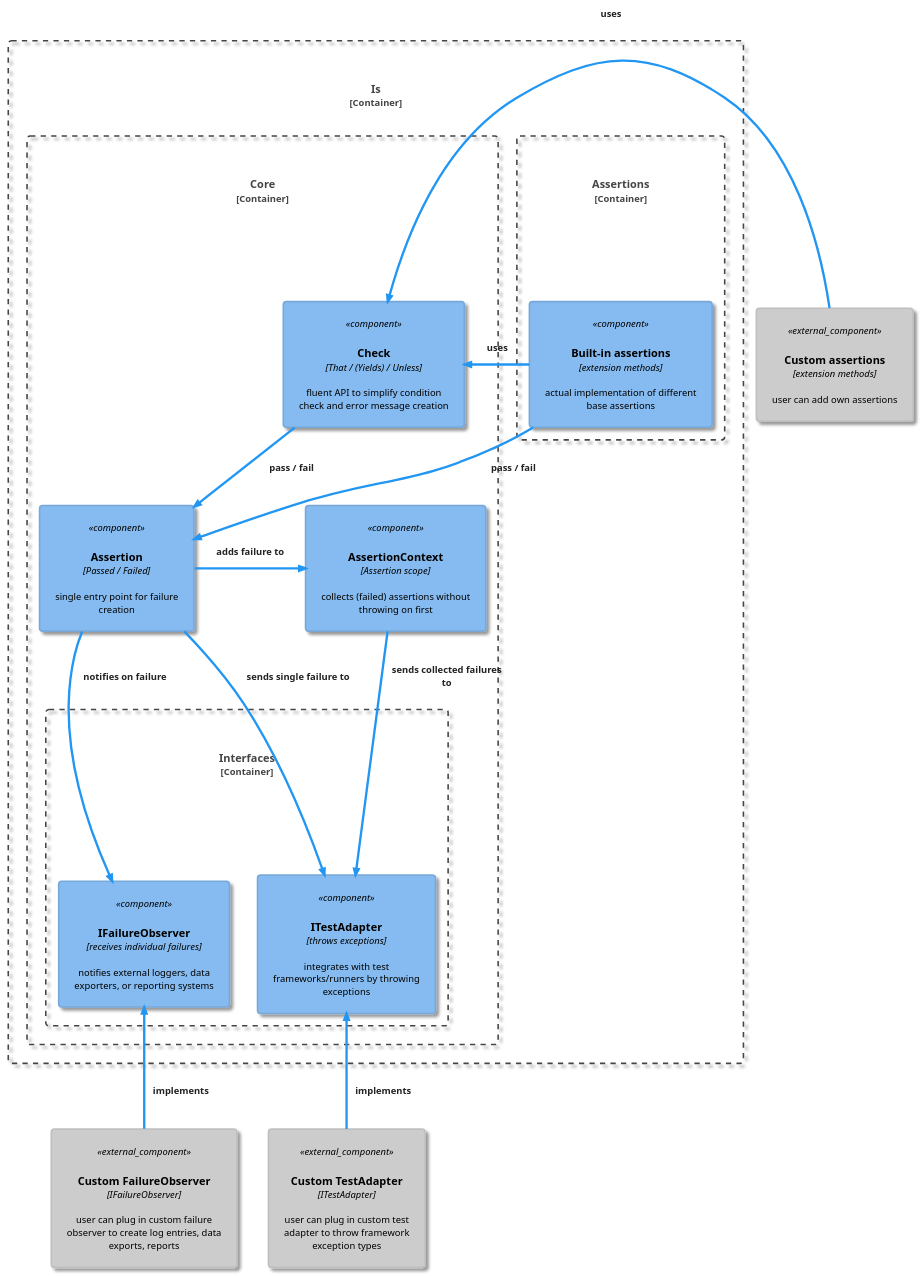
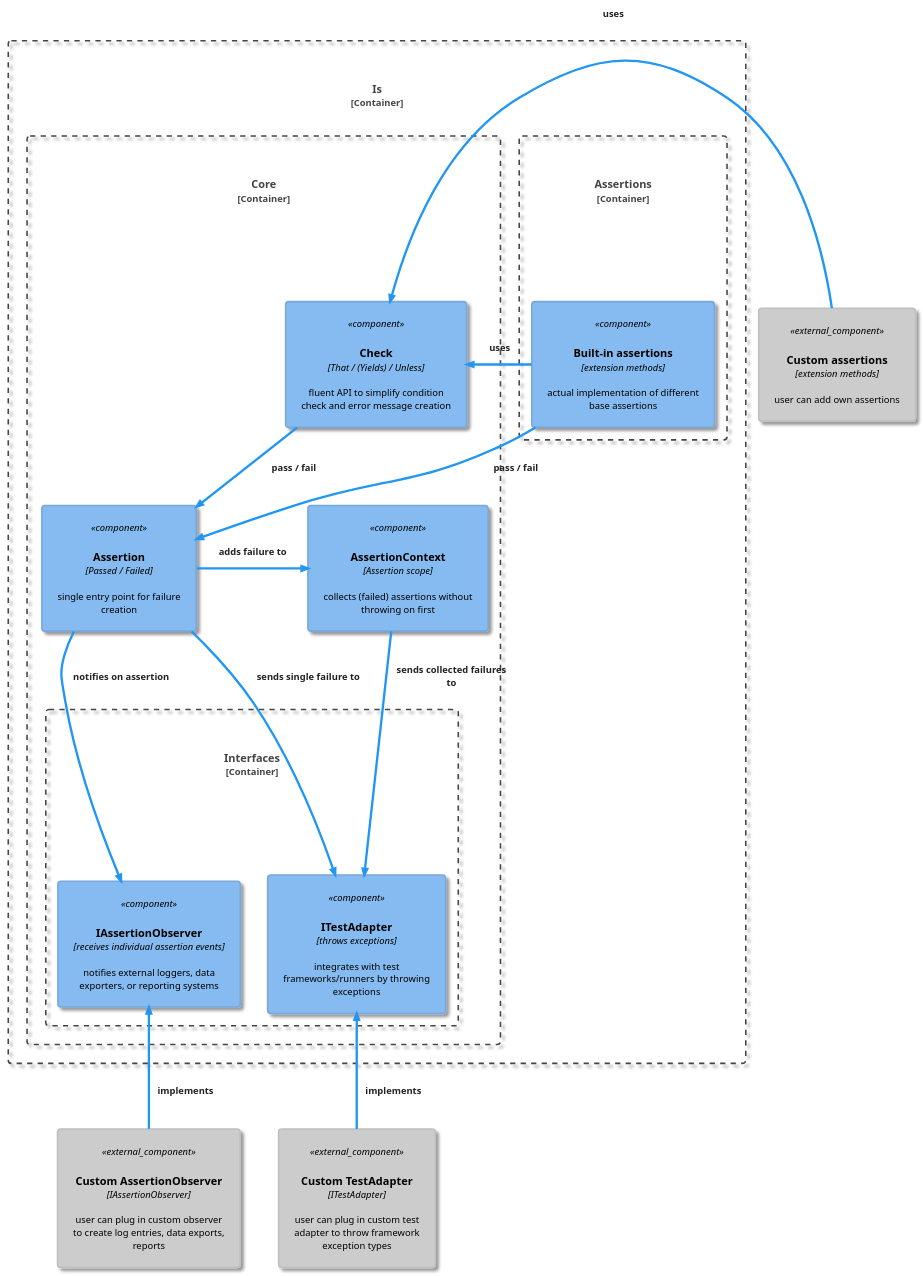
The diagram in Docs/Architecture.plantuml (chrismo80/Is), drawn with PlantUML before and after one commit. The commit also changed 2 other files, not shown here.

```diff
--- a/Docs/Architecture.plantuml
+++ b/Docs/Architecture.plantuml
@@ -1,46 +1,46 @@
 @startuml "Architecture"
 
 !include <C4/C4_Component>
 
 !theme materia
 
 Component_Ext(ca, "Custom assertions", "extension methods", "user can add own assertions")
-Component_Ext(cfo, "Custom FailureObserver", "IFailureObserver", "user can plug in custom failure observer to create log entries, data exports, reports")
+Component_Ext(cfo, "Custom AssertionObserver", "IAssertionObserver", "user can plug in custom observer to create log entries, data exports, reports")
 Component_Ext(cta, "Custom TestAdapter", "ITestAdapter", "user can plug in custom test adapter to throw framework exception types ")
 
 Container_Boundary(Is, "Is") {
 
     Container_Boundary(Assertions, "Assertions") {
         Component(ext, "Built-in assertions", "extension methods", "actual implementation of different base assertions")
         }
 
     Container_Boundary(Core, "Core") {
         Component(check, "Check", "That / (Yields) / Unless", "fluent API to simplify condition check and error message creation")
         Component(ass, "Assertion", "Passed / Failed", "single entry point for failure creation")
         Component(ctx, "AssertionContext", "Assertion scope", "collects (failed) assertions without throwing on first")
         
         Container_Boundary(Interfaces, "Interfaces") {
-            Component(ifo, "IFailureObserver", "receives individual failures", "notifies external loggers, data exporters, or reporting systems")
+            Component(ifo, "IAssertionObserver", "receives individual assertion events", "notifies external loggers, data exporters, or reporting systems")
             Component(ita, "ITestAdapter", "throws exceptions", "integrates with test frameworks/runners by throwing exceptions")
         }
     }
 }
 
 
 Rel_R(ass, ctx, "adds failure to")
-Rel(ass, ifo, "notifies on failure")
+Rel(ass, ifo, "notifies on assertion")
 Rel(ass, ita, "sends single failure to")
 
 Rel_R(ext, check, "uses")
 Rel(ext, ass, "pass / fail")
 
 Rel(ctx, ita, "sends collected failures to")
 
 Rel(check, ass, "pass / fail")
 
 Rel_L(ca, check, "uses")
 Rel_U(cta, ita, "implements")
 Rel_U(cfo, ifo, "implements")
 
 
 @enduml
```
